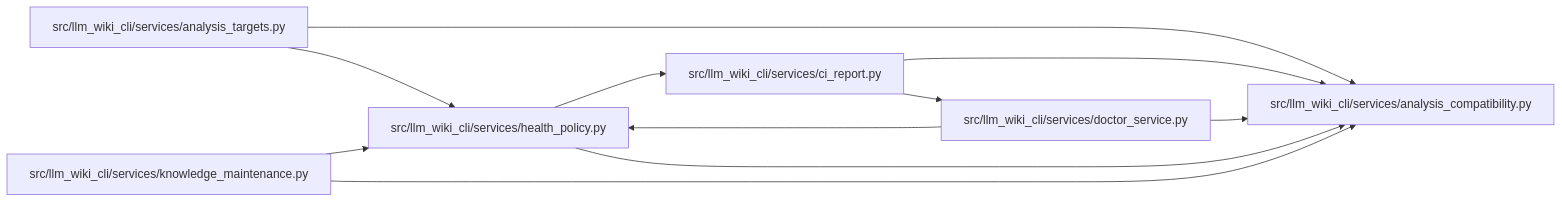
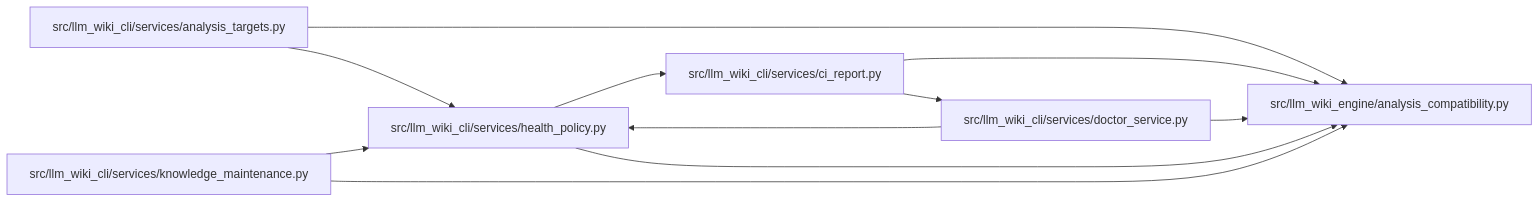
One commit to Denissvgn/python-wiki-llm changed the diagram in docs/llm_wiki/modules/health_policy.md. Above: the diagram before and after it, drawn with Mermaid. The commit also changed other lines of this file and 1058 other files, not shown here.

First line of the commit message:
docs: refresh the wiki for the knowledge store move

````diff
--- a/docs/llm_wiki/modules/health_policy.md
+++ b/docs/llm_wiki/modules/health_policy.md
@@ -29,25 +29,25 @@
 ```mermaid
 flowchart LR
-    n0["src/llm_wiki_cli/services/analysis_compatibility.py"]
-    n1["src/llm_wiki_cli/services/analysis_targets.py"]
-    n2["src/llm_wiki_cli/services/ci_report.py"]
-    n3["src/llm_wiki_cli/services/doctor_service.py"]
-    n4["src/llm_wiki_cli/services/health_policy.py"]
-    n5["src/llm_wiki_cli/services/knowledge_maintenance.py"]
-    n1 --> n0
-    n1 --> n4
-    n2 --> n0
+    n0["src/llm_wiki_cli/services/analysis_targets.py"]
+    n1["src/llm_wiki_cli/services/ci_report.py"]
+    n2["src/llm_wiki_cli/services/doctor_service.py"]
+    n3["src/llm_wiki_cli/services/health_policy.py"]
+    n4["src/llm_wiki_cli/services/knowledge_maintenance.py"]
+    n5["src/llm_wiki_engine/analysis_compatibility.py"]
+    n0 --> n3
+    n0 --> n5
+    n1 --> n2
+    n1 --> n5
     n2 --> n3
-    n3 --> n0
-    n3 --> n4
-    n4 --> n0
-    n4 --> n2
-    n5 --> n0
-    n5 --> n4
-    click n0 "../modules/analysis_compatibility.md"
-    click n1 "../modules/analysis_targets.md"
-    click n2 "../modules/ci_report.md"
-    click n3 "../modules/doctor_service.md"
-    click n4 "../modules/health_policy.md"
-    click n5 "../modules/knowledge_maintenance.md"
+    n2 --> n5
+    n3 --> n1
+    n3 --> n5
+    n4 --> n3
+    n4 --> n5
+    click n0 "../modules/analysis_targets.md"
+    click n1 "../modules/ci_report.md"
+    click n2 "../modules/doctor_service.md"
+    click n3 "../modules/health_policy.md"
+    click n4 "../modules/knowledge_maintenance.md"
+    click n5 "../modules/analysis_compatibility.md"
 ```
````
